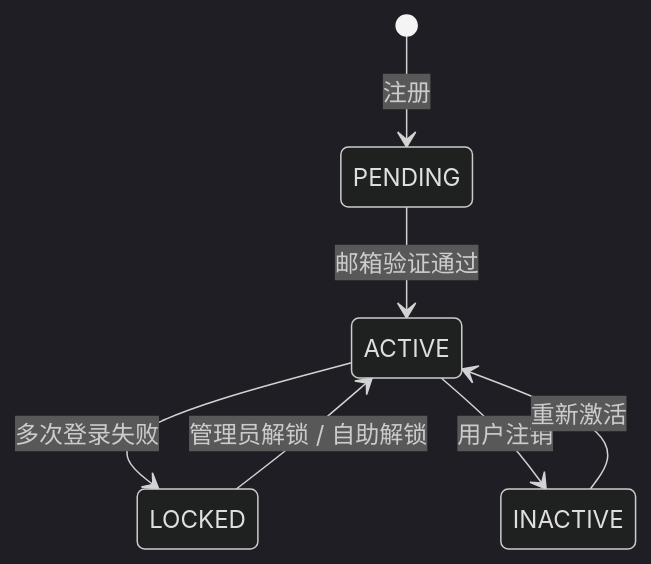
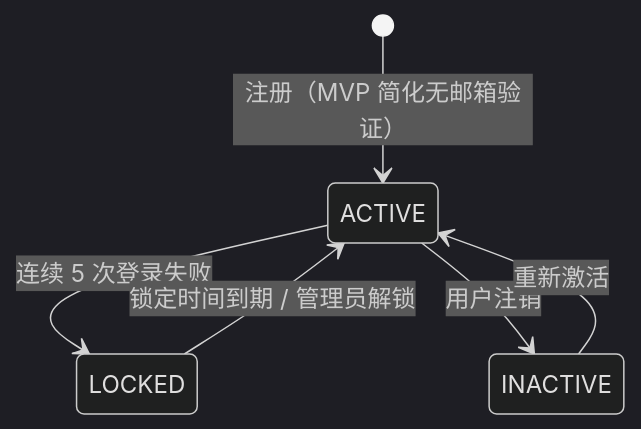
The third of 4 diagrams in docs/data/data-model.md (leoricmaster/ffp), drawn with Mermaid (dark theme) before and after one commit. The commit also changed other lines of this file and 6 other files, not shown here.

````diff
--- a/docs/data/data-model.md
+++ b/docs/data/data-model.md
@@ -148,9 +157,8 @@
 ```mermaid
 stateDiagram-v2
-    [*] --> PENDING: 注册
-    PENDING --> ACTIVE: 邮箱验证通过
-    ACTIVE --> LOCKED: 多次登录失败
-    LOCKED --> ACTIVE: 管理员解锁 / 自助解锁
+    [*] --> ACTIVE: 注册（MVP 简化无邮箱验证）
+    ACTIVE --> LOCKED: 连续 5 次登录失败
+    LOCKED --> ACTIVE: 锁定时间到期 / 管理员解锁
     ACTIVE --> INACTIVE: 用户注销
     INACTIVE --> ACTIVE: 重新激活
 ```
````
